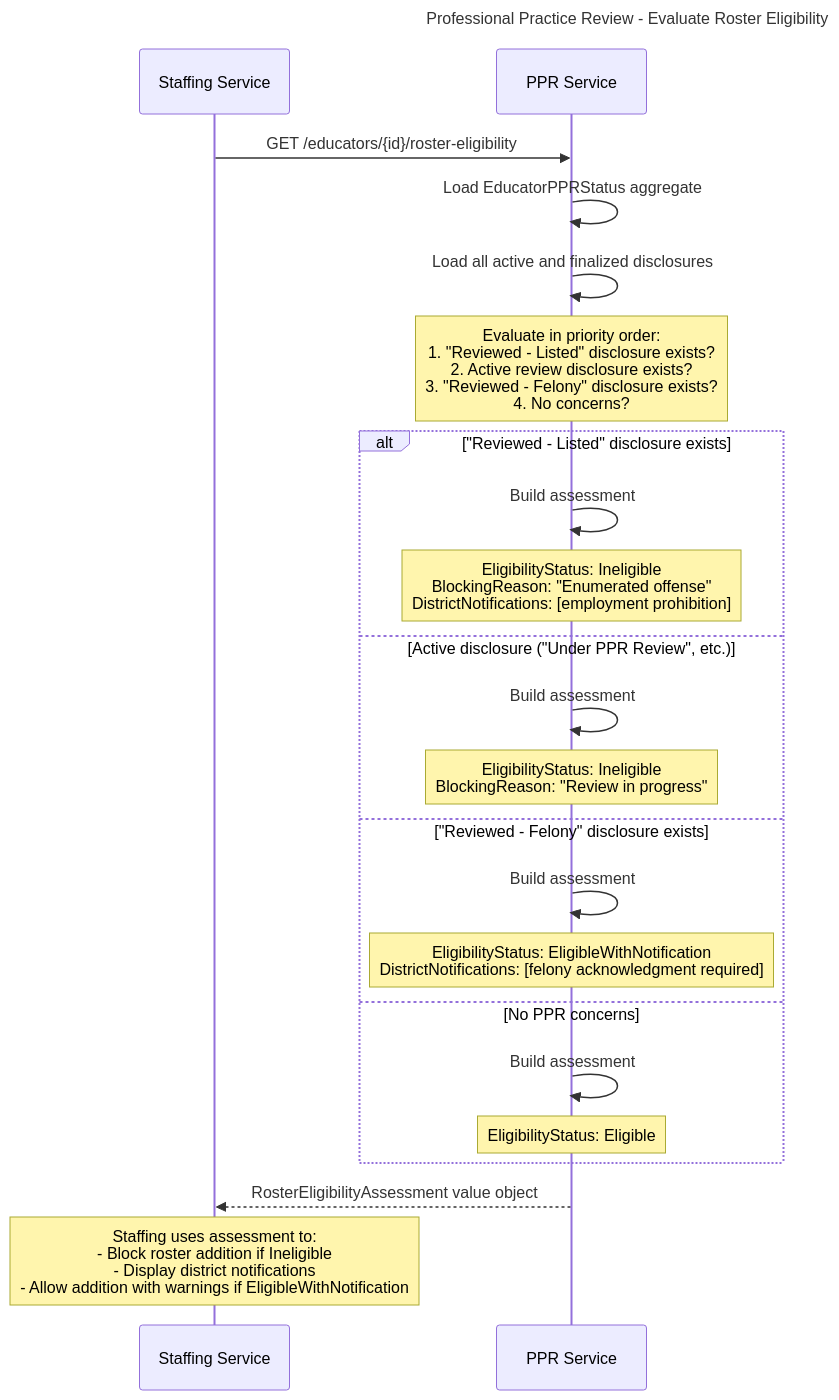
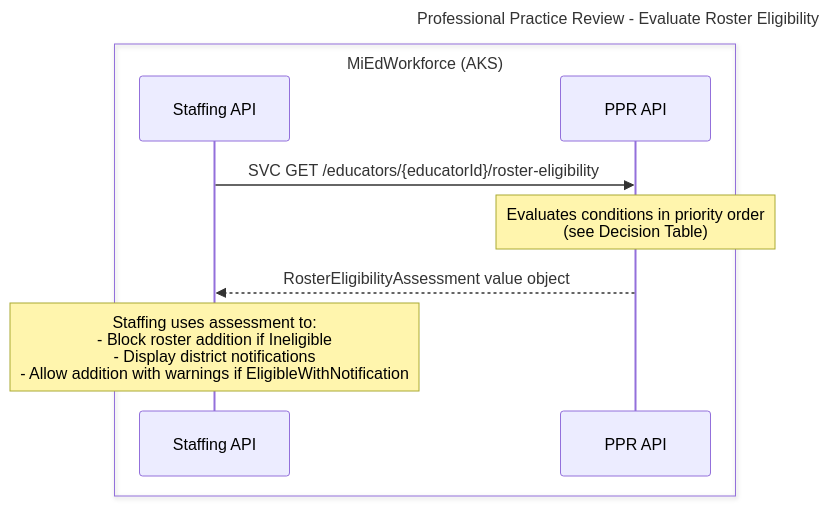
Before and after one commit to mnichols-dl/mied-design: the ninth of 15 diagrams in working-docs/solution-areas/profpractice/profpractice-sequences.md, drawn with Mermaid. The commit also changed other lines of this file and 34 other files, not shown here.

Commit message:
Update sequences and perform RTM assessment

````diff
--- a/working-docs/solution-areas/profpractice/profpractice-sequences.md
+++ b/working-docs/solution-areas/profpractice/profpractice-sequences.md
@@ -623,36 +602,16 @@
 ```mermaid
 ---
 title: Professional Practice Review - Evaluate Roster Eligibility
 ---
 sequenceDiagram
-    participant Staffing as Staffing Service
-    participant PPRService as PPR Service
-    
-    Staffing->>PPRService: GET /educators/{id}/roster-eligibility
-    
-    PPRService->>PPRService: Load EducatorPPRStatus aggregate
-    PPRService->>PPRService: Load all active and finalized disclosures
-    
-    Note over PPRService: Evaluate in priority order:<br/>1. "Reviewed - Listed" disclosure exists?<br/>2. Active review disclosure exists?<br/>3. "Reviewed - Felony" disclosure exists?<br/>4. No concerns?
-    
-    alt "Reviewed - Listed" disclosure exists
-        PPRService->>PPRService: Build assessment
-        Note over PPRService: EligibilityStatus: Ineligible<br/>BlockingReason: "Enumerated offense"<br/>DistrictNotifications: [employment prohibition]
-        
-    else Active disclosure ("Under PPR Review", etc.)
-        PPRService->>PPRService: Build assessment
-        Note over PPRService: EligibilityStatus: Ineligible<br/>BlockingReason: "Review in progress"
-        
-    else "Reviewed - Felony" disclosure exists
-        PPRService->>PPRService: Build assessment
-        Note over PPRService: EligibilityStatus: EligibleWithNotification<br/>DistrictNotifications: [felony acknowledgment required]
-        
-    else No PPR concerns
-        PPRService->>PPRService: Build assessment
-        Note over PPRService: EligibilityStatus: Eligible
+    box MiEdWorkforce (AKS)
+        participant StaffApi as Staffing API
+        participant PprApi as PPR API
     end
     
-    PPRService-->>Staffing: RosterEligibilityAssessment value object
+    StaffApi->>PprApi: SVC GET /educators/{educatorId}/roster-eligibility
+    Note over PprApi: Evaluates conditions in priority order<br/>(see Decision Table)
+    PprApi-->>StaffApi: RosterEligibilityAssessment value object
     
-    Note over Staffing: Staffing uses assessment to:<br/>- Block roster addition if Ineligible<br/>- Display district notifications<br/>- Allow addition with warnings if EligibleWithNotification
+    Note over StaffApi: Staffing uses assessment to:<br/>- Block roster addition if Ineligible<br/>- Display district notifications<br/>- Allow addition with warnings if EligibleWithNotification
 ```
````
